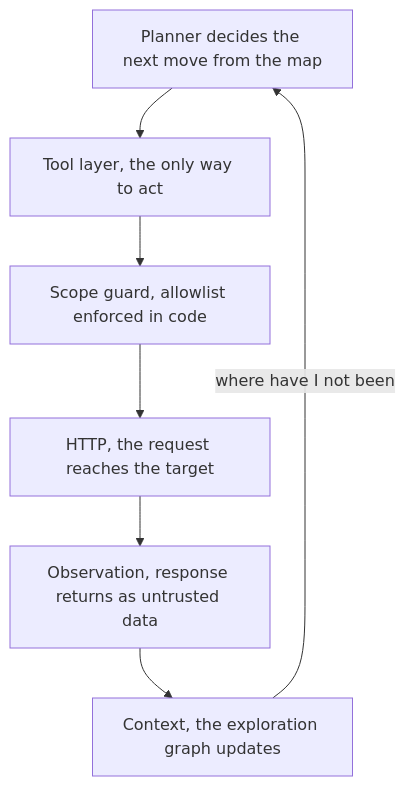
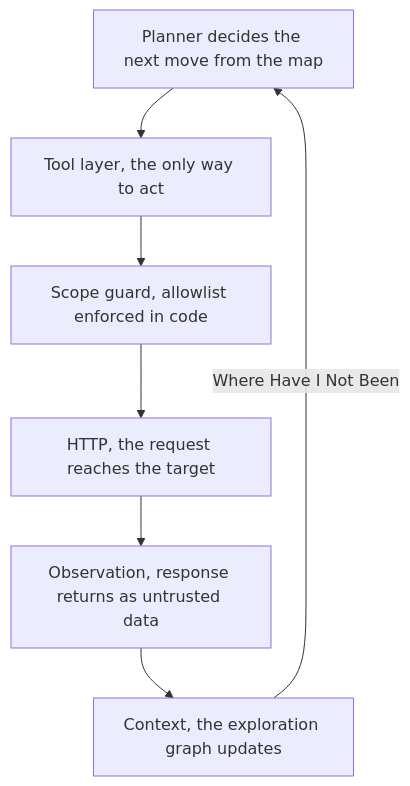
Before and after one commit to catownsley/ariadne: the second of 3 diagrams in ARTICLE.md, drawn with Mermaid. The commit also changed other lines of this file and 3 other files, not shown here.

Commit message:
Render the diagram images with mermaid to match the GitHub diagrams, align article labels

````diff
--- a/ARTICLE.md
+++ b/ARTICLE.md
@@ -37,9 +37,9 @@
 ```mermaid
 flowchart TD
     A[Planner decides the next move from the map] --> B[Tool layer, the only way to act]
     B --> C[Scope guard, allowlist enforced in code]
     C --> D[HTTP, the request reaches the target]
     D --> E[Observation, response returns as untrusted data]
     E --> G[Context, the exploration graph updates]
-    G -->|where have I not been| A
+    G -->|Where Have I Not Been| A
 ```
````
